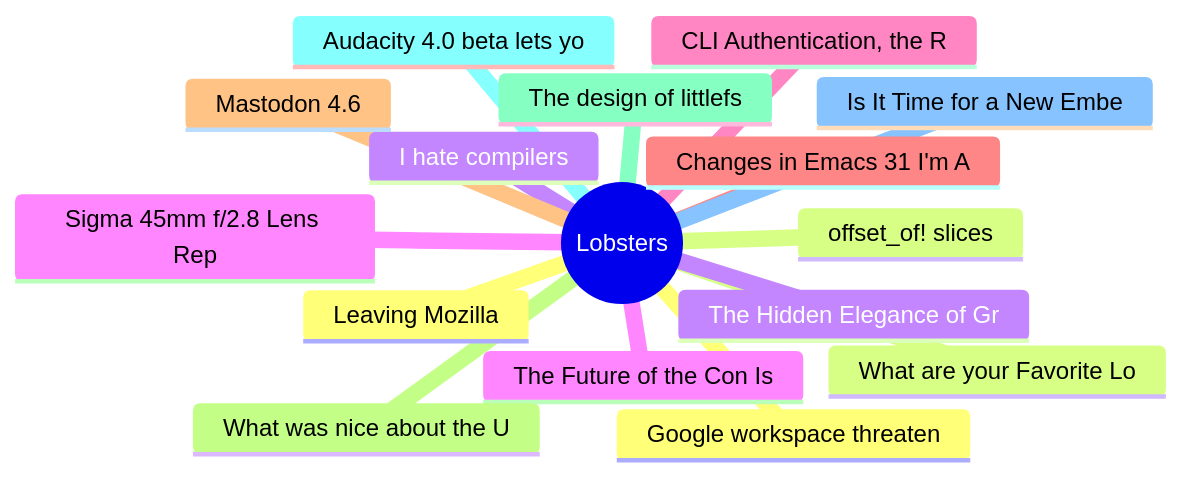
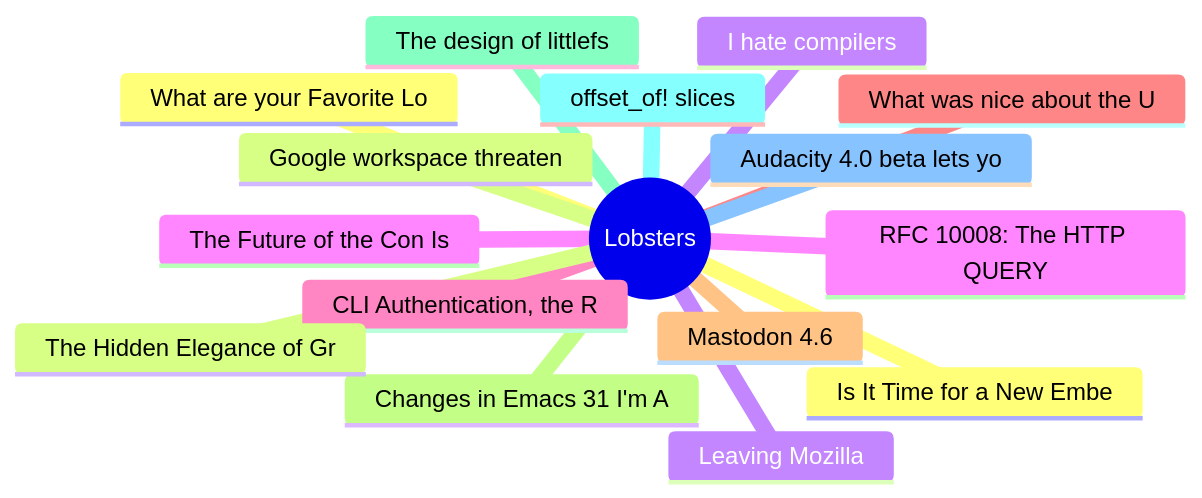
One commit to zhouxiaoqi2925/Obsidian changed the diagram in Inbox/Lobsters-2026-06-19.md. Above: the diagram before and after it, drawn with Mermaid. The commit also changed other lines of this file and 22 other files, not shown here.

````diff
--- a/Inbox/Lobsters-2026-06-19.md
+++ b/Inbox/Lobsters-2026-06-19.md
@@ -13,19 +13,19 @@
 ```mermaid
 mindmap
   root((Lobsters))
+    What are your Favorite Lo
     Google workspace threaten
-    What are your Favorite Lo
     I hate compilers
     The Future of the Con Is 
     CLI Authentication, the R
+    What was nice about the U
+    Mastodon 4.6
     Changes in Emacs 31 I'm A
-    Mastodon 4.6
-    What was nice about the U
     The design of littlefs
+    offset_of! slices
     Audacity 4.0 beta lets yo
     Is It Time for a New Embe
+    The Hidden Elegance of Gr
     Leaving Mozilla
-    offset_of! slices
-    The Hidden Elegance of Gr
-    Sigma 45mm f/2.8 Lens Rep
+    RFC 10008: The HTTP QUERY
 ```
````
